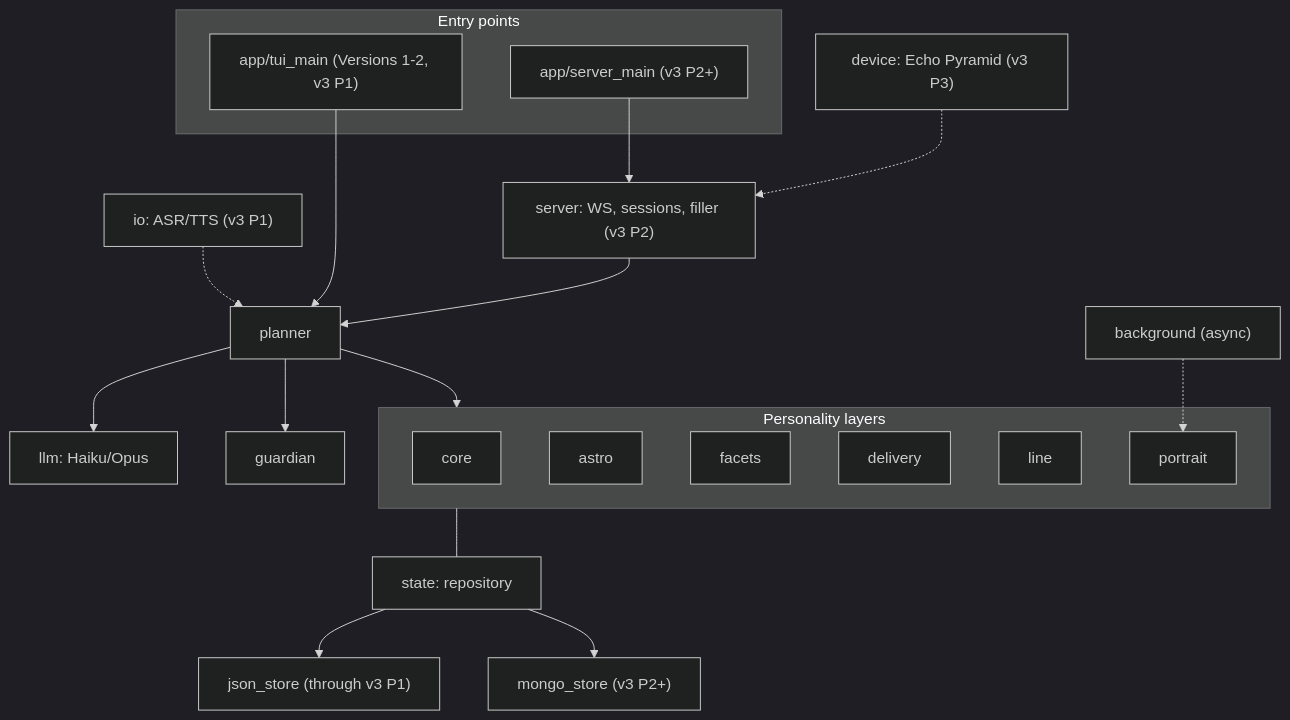
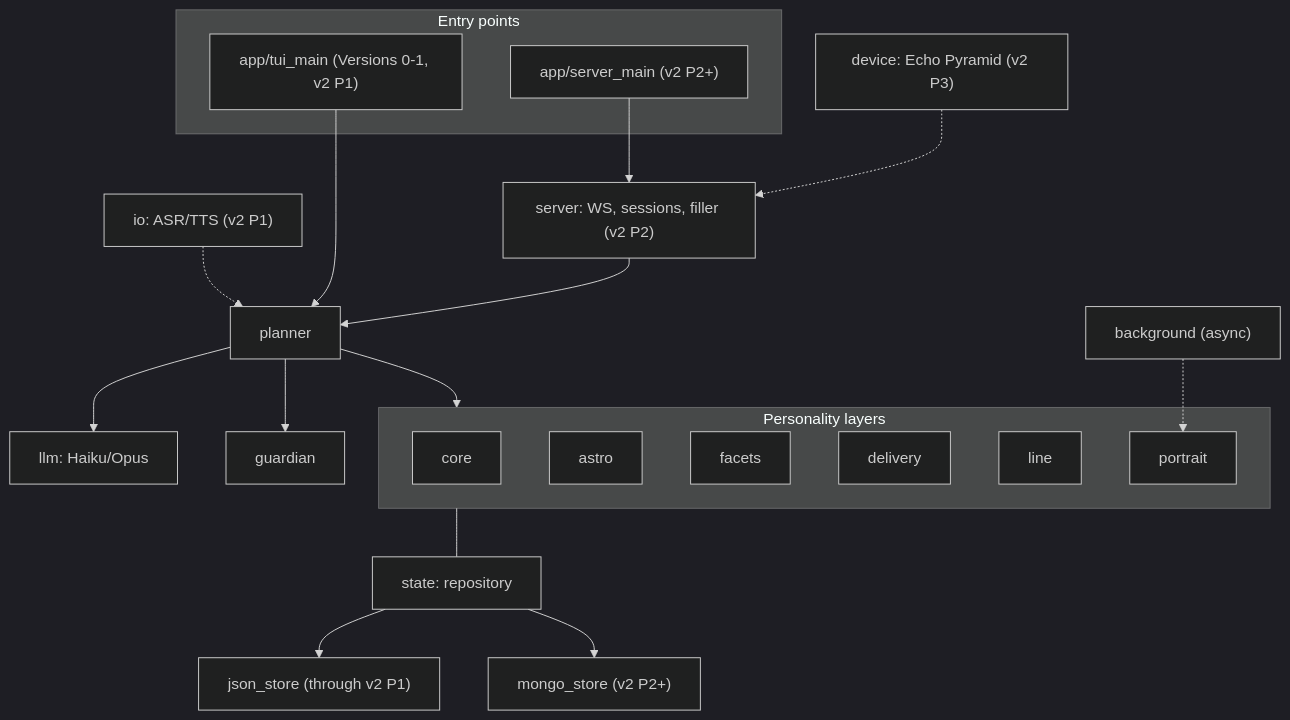
The first of 5 diagrams in specification/architecture/architecture-v0.1.en.md (ichMaster/vani), drawn with Mermaid (dark theme) before and after one commit. The commit also changed other lines of this file and 21 other files, not shown here.

````diff
--- a/specification/architecture/architecture-v0.1.en.md
+++ b/specification/architecture/architecture-v0.1.en.md
@@ -59,37 +59,37 @@
 ```mermaid
 flowchart TB
   subgraph ENTRY["Entry points"]
-    TUIM["app/tui_main (Versions 1-2, v3 P1)"]
-    SRVM["app/server_main (v3 P2+)"]
+    TUIM["app/tui_main (Versions 0-1, v2 P1)"]
+    SRVM["app/server_main (v2 P2+)"]
   end
   PL["planner"]
   LLM["llm: Haiku/Opus"]
   GU["guardian"]
   subgraph BR["Personality layers"]
     CORE["core"]
     ASTRO["astro"]
     FAC["facets"]
     DEL["delivery"]
     LINE["line"]
     POR["portrait"]
   end
   BG["background (async)"]
   ST["state: repository"]
-  J["json_store (through v3 P1)"]
-  MG["mongo_store (v3 P2+)"]
-  IO["io: ASR/TTS (v3 P1)"]
-  SRV["server: WS, sessions, filler (v3 P2)"]
-  DEV["device: Echo Pyramid (v3 P3)"]
+  J["json_store (through v2 P1)"]
+  MG["mongo_store (v2 P2+)"]
+  IO["io: ASR/TTS (v2 P1)"]
+  SRV["server: WS, sessions, filler (v2 P2)"]
+  DEV["device: Echo Pyramid (v2 P3)"]
   TUIM --> PL
   SRVM --> SRV
   SRV --> PL
   PL --> LLM
   PL --> BR
   PL --> GU
   BG -.-> POR
   BR --- ST
   ST --> J
   ST --> MG
   IO -.-> PL
   DEV -.-> SRV
 ```
````
